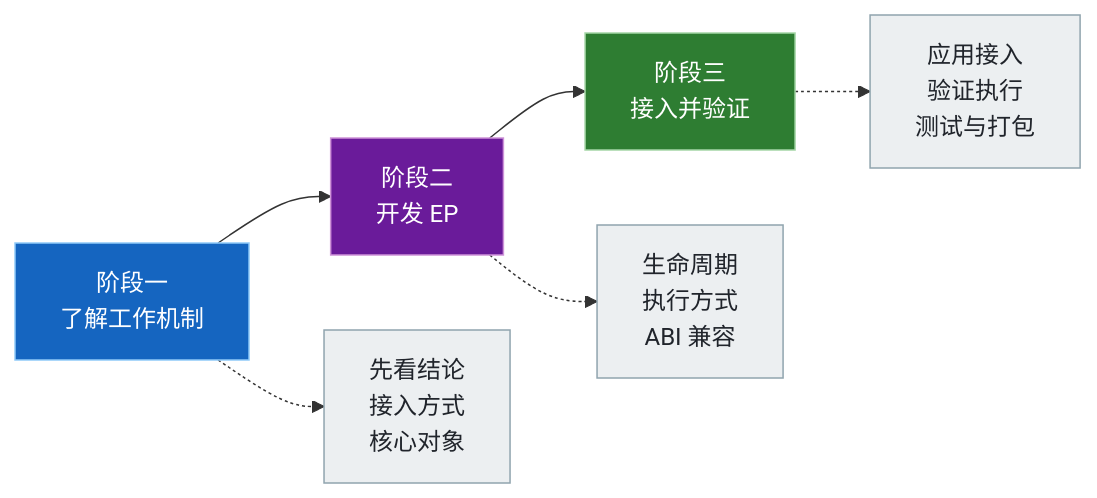
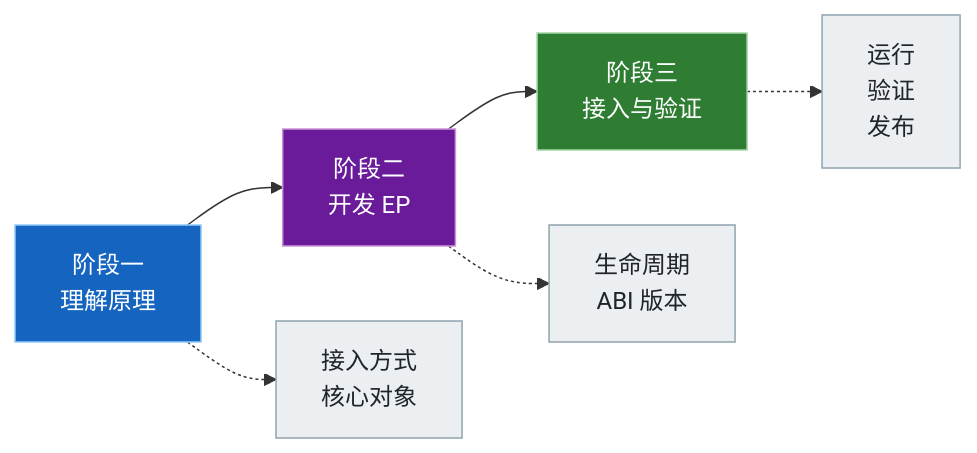
One commit to DakeQQ/Tutorial-ONNX-Runtime-Execution-Providers changed the first of 13 diagrams in PluginEP/README.zh-CN.md. Above: the diagram before and after it, drawn with Mermaid. The commit also changed other lines of this file and 15 other files, not shown here.

````diff
--- a/PluginEP/README.zh-CN.md
+++ b/PluginEP/README.zh-CN.md
@@ -11,13 +11,16 @@
 ```mermaid
 flowchart LR
-    U["阶段一<br/>了解工作机制"] --> B["阶段二<br/>开发 EP"] --> P["阶段三<br/>接入并验证"]
-    U -.-> Ux["先看结论<br/>接入方式<br/>核心对象"]
-    B -.-> Bx["生命周期<br/>执行方式<br/>ABI 兼容"]
-    P -.-> Px["应用接入<br/>验证执行<br/>测试与打包"]
+    U["阶段一<br/>理解原理"] --> B["阶段二<br/>开发 EP"] --> P["阶段三<br/>接入与验证"]
+    U -.-> Ux["接入方式<br/>核心对象"]
+    B -.-> Bx["生命周期<br/>ABI 版本"]
+    P -.-> Px["运行<br/>验证<br/>发布"]
 
-    style U fill:#1565c0,stroke:#90caf9,color:#ffffff
-    style B fill:#6a1b9a,stroke:#ce93d8,color:#ffffff
-    style P fill:#2e7d32,stroke:#a5d6a7,color:#ffffff
+    class U blue
+    class B purple
+    class P green
+    class Ux,Bx,Px leaf
+    classDef blue fill:#1565c0,stroke:#90caf9,color:#ffffff
+    classDef purple fill:#6a1b9a,stroke:#ce93d8,color:#ffffff
+    classDef green fill:#2e7d32,stroke:#a5d6a7,color:#ffffff
     classDef leaf fill:#eceff1,stroke:#90a4ae,color:#20242b
-    class Ux,Bx,Px leaf
 ```
````
